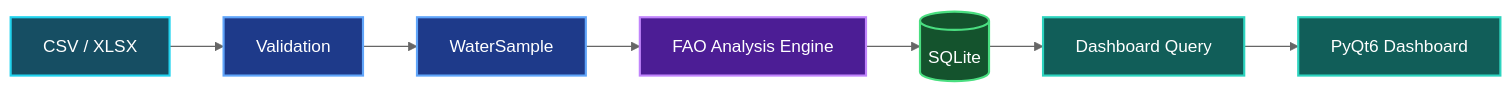
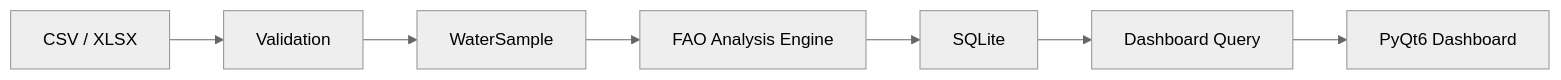
Before and after one commit to ZalSaberi/irrigation-water-dashboard: the second of 2 diagrams in README.md, drawn with Mermaid (neutral theme). The commit also changed other lines of this file, not shown here.

Commit message:
fix(docs): simplify Mermaid diagrams for GitHub rendering

````diff
--- a/README.md
+++ b/README.md
@@ -101,29 +89,17 @@
 ```mermaid
-flowchart LR
+graph LR
     INPUT["CSV / XLSX"]
     VALIDATE["Validation"]
     SAMPLE["WaterSample"]
     ENGINE["FAO Analysis Engine"]
-    STORE[("SQLite")]
+    STORE["SQLite"]
     QUERY["Dashboard Query"]
-    UI["PyQt6 Dashboard"]
+    DASHBOARD["PyQt6 Dashboard"]
 
     INPUT --> VALIDATE
     VALIDATE --> SAMPLE
     SAMPLE --> ENGINE
     ENGINE --> STORE
     STORE --> QUERY
-    QUERY --> UI
-
-    classDef input fill:#164e63,color:#ffffff,stroke:#22d3ee,stroke-width:2px;
-    classDef model fill:#1e3a8a,color:#ffffff,stroke:#60a5fa,stroke-width:2px;
-    classDef engine fill:#4c1d95,color:#ffffff,stroke:#c084fc,stroke-width:2px;
-    classDef storage fill:#14532d,color:#ffffff,stroke:#4ade80,stroke-width:2px;
-    classDef output fill:#115e59,color:#ffffff,stroke:#2dd4bf,stroke-width:2px;
-
-    class INPUT input;
-    class VALIDATE,SAMPLE model;
-    class ENGINE engine;
-    class STORE storage;
-    class QUERY,UI output;
+    QUERY --> DASHBOARD
 ```
````
